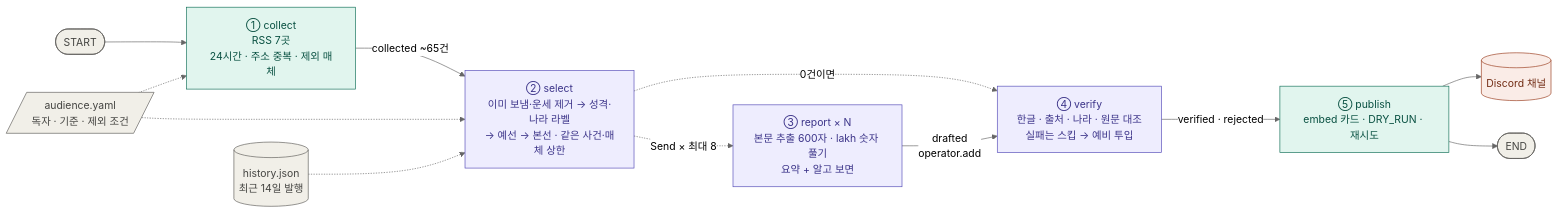
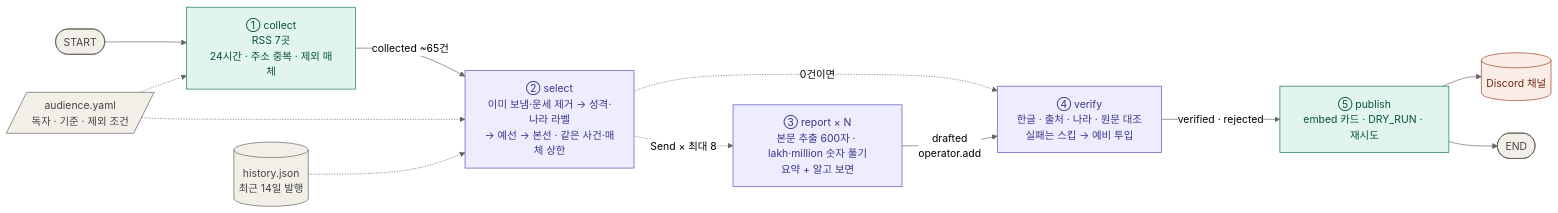
The diagram in REPORT.md (rome777/newsletter-agent), drawn with Mermaid (neutral theme) before and after one commit. The commit also changed other lines of this file and 3 other files, not shown here.

````diff
--- a/REPORT.md
+++ b/REPORT.md
@@ -182,24 +184,24 @@
 ```mermaid
 flowchart LR
     S([START]) --> C["① collect<br/>RSS 7곳<br/>24시간 · 주소 중복 · 제외 매체"]
     C -->|collected ~65건| SE["② select<br/>이미 보냄·운세 제거 → 성격·나라 라벨<br/>→ 예선 → 본선 · 같은 사건·매체 상한"]
-    SE -.->|Send × 최대 8| R["③ report × N<br/>본문 추출 600자 · lakh 숫자 풀기<br/>요약 + 알고 보면"]
+    SE -.->|Send × 최대 8| R["③ report × N<br/>본문 추출 600자 · lakh·million 숫자 풀기<br/>요약 + 알고 보면"]
     SE -.->|0건이면| V
     R -->|drafted<br/>operator.add| V["④ verify<br/>한글 · 출처 · 나라 · 원문 대조<br/>실패는 스킵 → 예비 투입"]
     V -->|verified · rejected| P["⑤ publish<br/>embed 카드 · DRY_RUN · 재시도"]
     P --> D[("Discord 채널")]
     P --> E([END])
 
     Y[/"audience.yaml<br/>독자 · 기준 · 제외 조건"/] -.-> C
     Y -.-> SE
     H[("history.json<br/>최근 14일 발행")] -.-> SE
 
     classDef llm fill:#EEEDFE,stroke:#534AB7,color:#3C3489
     classDef code fill:#E1F5EE,stroke:#0F6E56,color:#085041
     classDef out fill:#FAECE7,stroke:#993C1D,color:#712B13
     classDef term fill:#F1EFE8,stroke:#5F5E5A,color:#444441
     class SE,R,V llm
     class C,P code
     class D out
     class S,E,Y,H term
 ```
````
